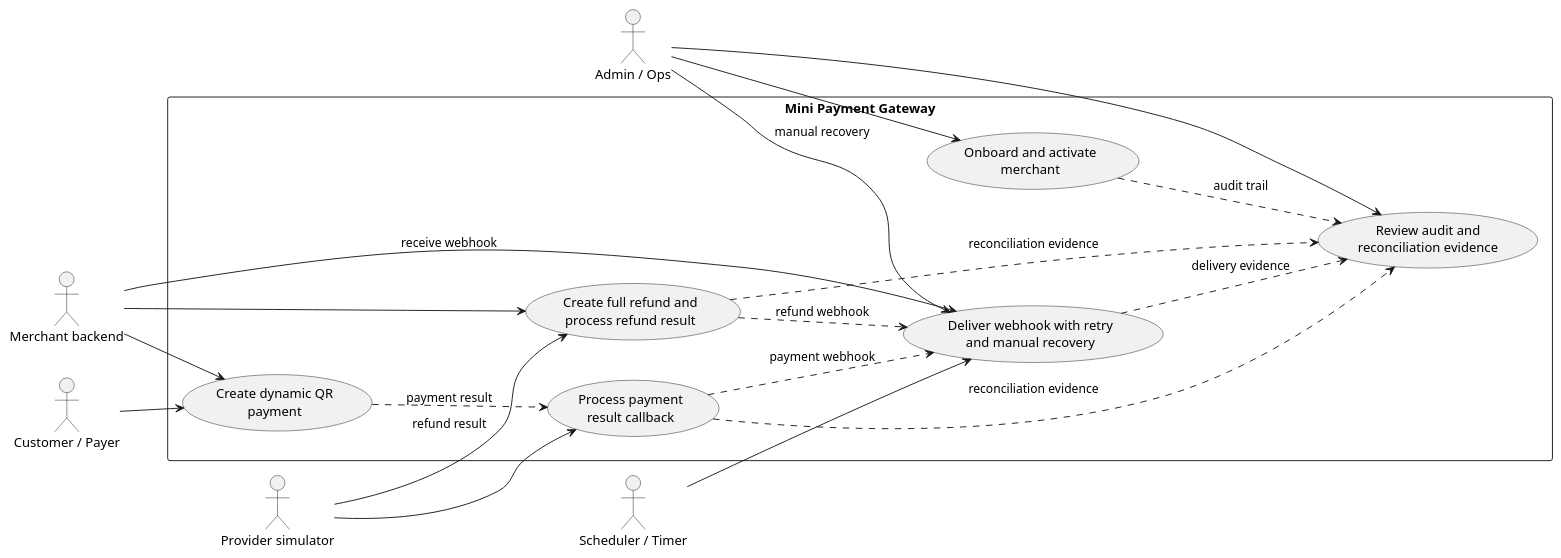
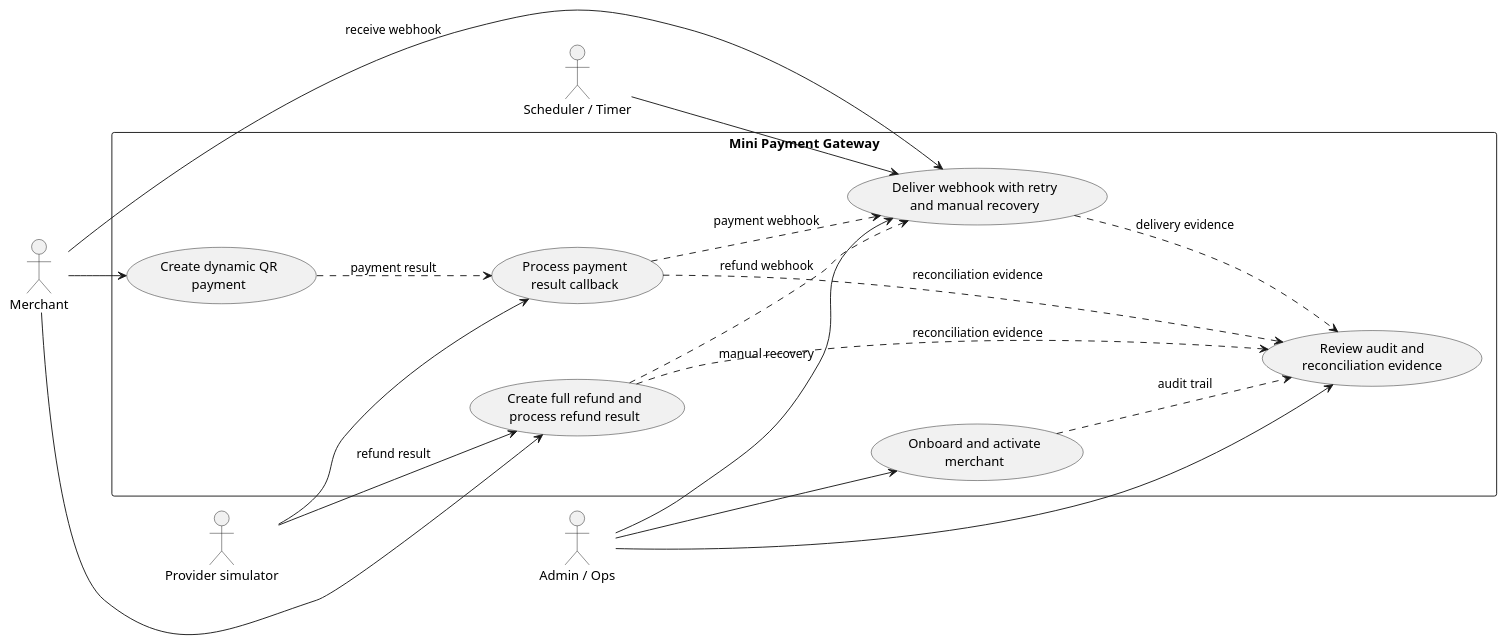
One commit to biabeogo147/mini-payment-gateway changed the first of 6 diagrams in docs/product/use-cases.md. Above: the diagram before and after it, drawn with PlantUML. The commit also changed other lines of this file, not shown here.

Commit message:
update uc

````diff
--- a/docs/product/use-cases.md
+++ b/docs/product/use-cases.md
@@ -28,44 +28,41 @@
 ```plantuml
 @startuml general_use_case
 left to right direction
 skinparam packageStyle rectangle
 
 actor "Admin / Ops" as Admin
-actor "Merchant backend" as Merchant
-actor "Customer / Payer" as Customer
+actor "Merchant" as Merchant
 actor "Provider simulator" as Provider
 actor "Scheduler / Timer" as Scheduler
 
 rectangle "Mini Payment Gateway" {
   usecase "Onboard and activate\nmerchant" as UC001
   usecase "Create dynamic QR\npayment" as UC002
   usecase "Process payment\nresult callback" as UC003
   usecase "Create full refund and\nprocess refund result" as UC004
   usecase "Deliver webhook with retry\nand manual recovery" as UC005
   usecase "Review audit and\nreconciliation evidence" as UC_Audit
 }
 
 Admin --> UC001
 Admin --> UC005 : manual recovery
 Admin --> UC_Audit
 
 Merchant --> UC002
 Merchant --> UC004
 Merchant --> UC005 : receive webhook
 
-Customer --> UC002
-
 Provider --> UC003
 Provider --> UC004 : refund result
 
 Scheduler --> UC005
 
 UC002 ..> UC003 : payment result
 UC003 ..> UC005 : payment webhook
 UC004 ..> UC005 : refund webhook
 UC001 ..> UC_Audit : audit trail
 UC003 ..> UC_Audit : reconciliation evidence
 UC004 ..> UC_Audit : reconciliation evidence
 UC005 ..> UC_Audit : delivery evidence
 @enduml
 ```
````
